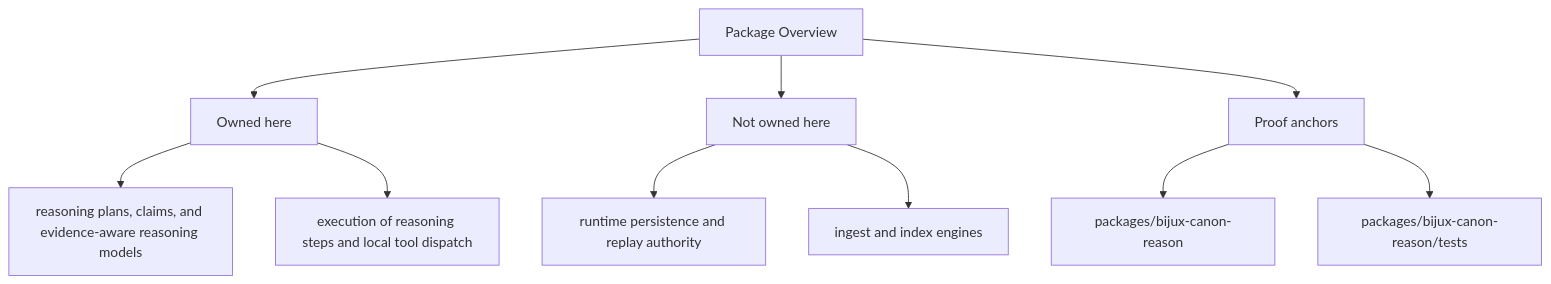
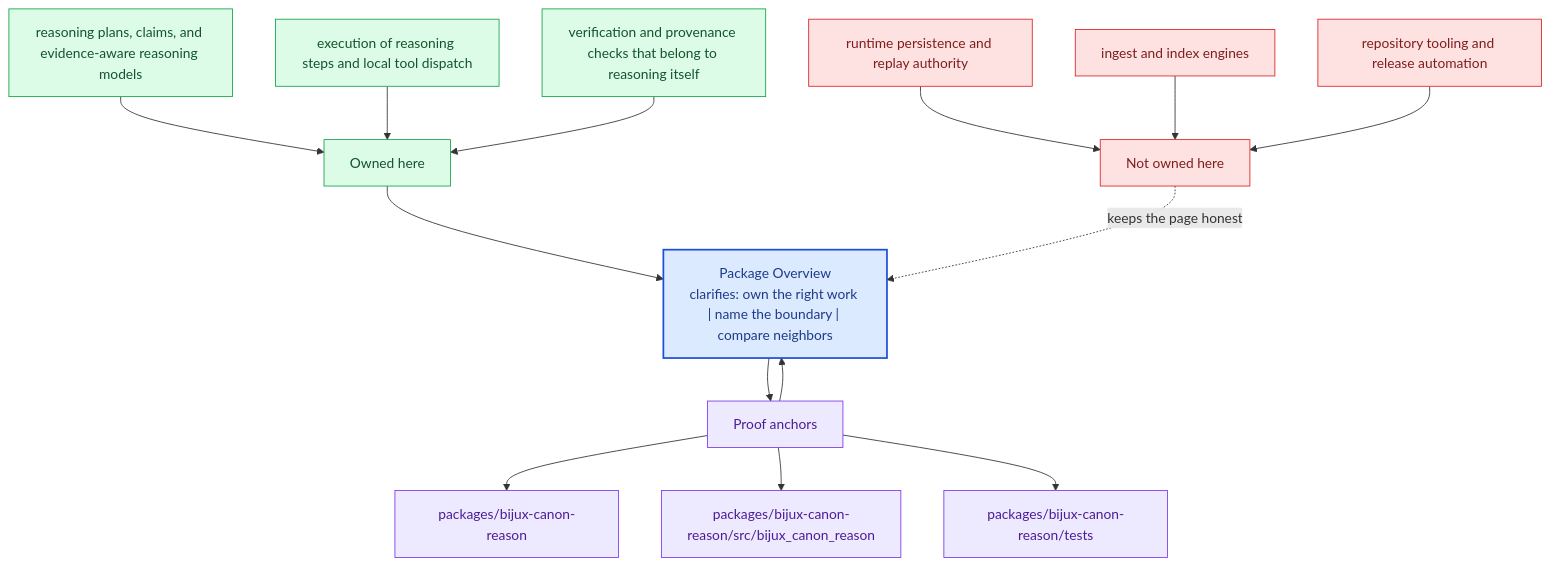
One commit to bijux/bijux-canon changed the second of 2 diagrams in docs/bijux-canon-reason/foundation/package-overview.md. Above: the diagram before and after it, drawn with Mermaid. The commit also changed other lines of this file and 281 other files, not shown here.

Commit message:
docs(diagrams): deepen handbook mermaid maps across the catalog

````diff
--- a/docs/bijux-canon-reason/foundation/package-overview.md
+++ b/docs/bijux-canon-reason/foundation/package-overview.md
@@ -35,22 +68,40 @@
 ```mermaid
-flowchart TD
-    page["Package Overview"]
+flowchart TB
+    promise["Package Overview<br/>clarifies: own the right work | name the boundary | compare neighbors"]
+    classDef promise fill:#dbeafe,stroke:#1d4ed8,color:#1e3a8a,stroke-width:2px;
+    classDef driver fill:#dcfce7,stroke:#16a34a,color:#14532d;
+    classDef constraint fill:#fee2e2,stroke:#dc2626,color:#7f1d1d;
+    classDef ground fill:#ede9fe,stroke:#7c3aed,color:#4c1d95;
     focus1["Owned here"]
-    page --> focus1
+    focus1 --> promise
     focus1_1["reasoning plans, claims, and evidence-aware reasoning models"]
-    focus1 --> focus1_1
+    focus1_1 --> focus1
     focus1_2["execution of reasoning steps and local tool dispatch"]
-    focus1 --> focus1_2
+    focus1_2 --> focus1
+    focus1_3["verification and provenance checks that belong to reasoning itself"]
+    focus1_3 --> focus1
+    class focus1 driver;
+    class focus1_1,focus1_2,focus1_3 driver;
     focus2["Not owned here"]
-    page --> focus2
+    focus2 -.keeps the page honest.-> promise
     focus2_1["runtime persistence and replay authority"]
-    focus2 --> focus2_1
+    focus2_1 --> focus2
     focus2_2["ingest and index engines"]
-    focus2 --> focus2_2
+    focus2_2 --> focus2
+    focus2_3["repository tooling and release automation"]
+    focus2_3 --> focus2
+    class focus2 constraint;
+    class focus2_1,focus2_2,focus2_3 constraint;
     focus3["Proof anchors"]
-    page --> focus3
+    focus3 --> promise
+    promise --> focus3
     focus3_1["packages/bijux-canon-reason"]
     focus3 --> focus3_1
-    focus3_2["packages/bijux-canon-reason/tests"]
+    focus3_2["packages/bijux-canon-reason/src/bijux_canon_reason"]
     focus3 --> focus3_2
+    focus3_3["packages/bijux-canon-reason/tests"]
+    focus3 --> focus3_3
+    class focus3 ground;
+    class focus3_1,focus3_2,focus3_3 ground;
+    class promise promise;
 ```
````
